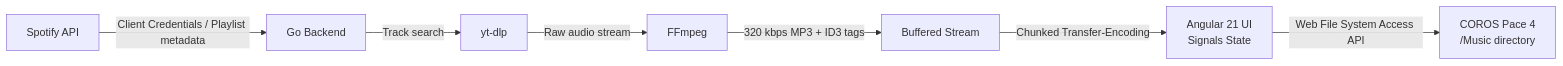
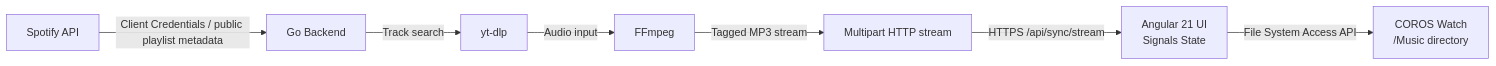
One commit to VForslund/coros-music changed the diagram in AGENT.md. Above: the diagram before and after it, drawn with Mermaid. The commit also changed other lines of this file and 19 other files, not shown here.

````diff
--- a/AGENT.md
+++ b/AGENT.md
@@ -10,9 +10,9 @@
 ```mermaid
 graph LR
-    A[Spotify API] -->|Client Credentials / Playlist metadata| B[Go Backend]
+    A[Spotify API] -->|Client Credentials / public playlist metadata| B[Go Backend]
     B -->|Track search| C[yt-dlp]
-    C -->|Raw audio stream| D[FFmpeg]
-    D -->|320 kbps MP3 + ID3 tags| E[Buffered Stream]
-    E -->|Chunked Transfer-Encoding| F[Angular 21 UI<br/>Signals State]
-    F -->|Web File System Access API| G[COROS Pace 4<br/>/Music directory]
+    C -->|Audio input| D[FFmpeg]
+    D -->|Tagged MP3 stream| E[Multipart HTTP stream]
+    E -->|HTTPS /api/sync/stream| F[Angular 21 UI<br/>Signals State]
+    F -->|File System Access API| G[COROS Watch<br/>/Music directory]
 ```
````
